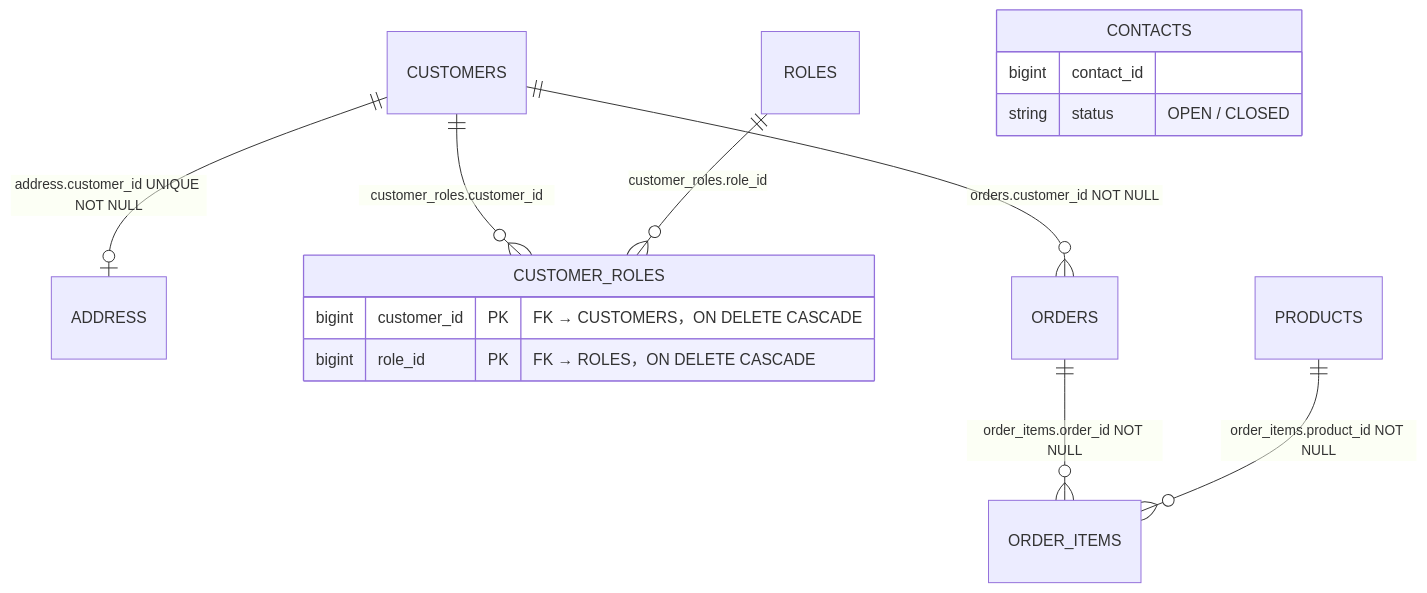
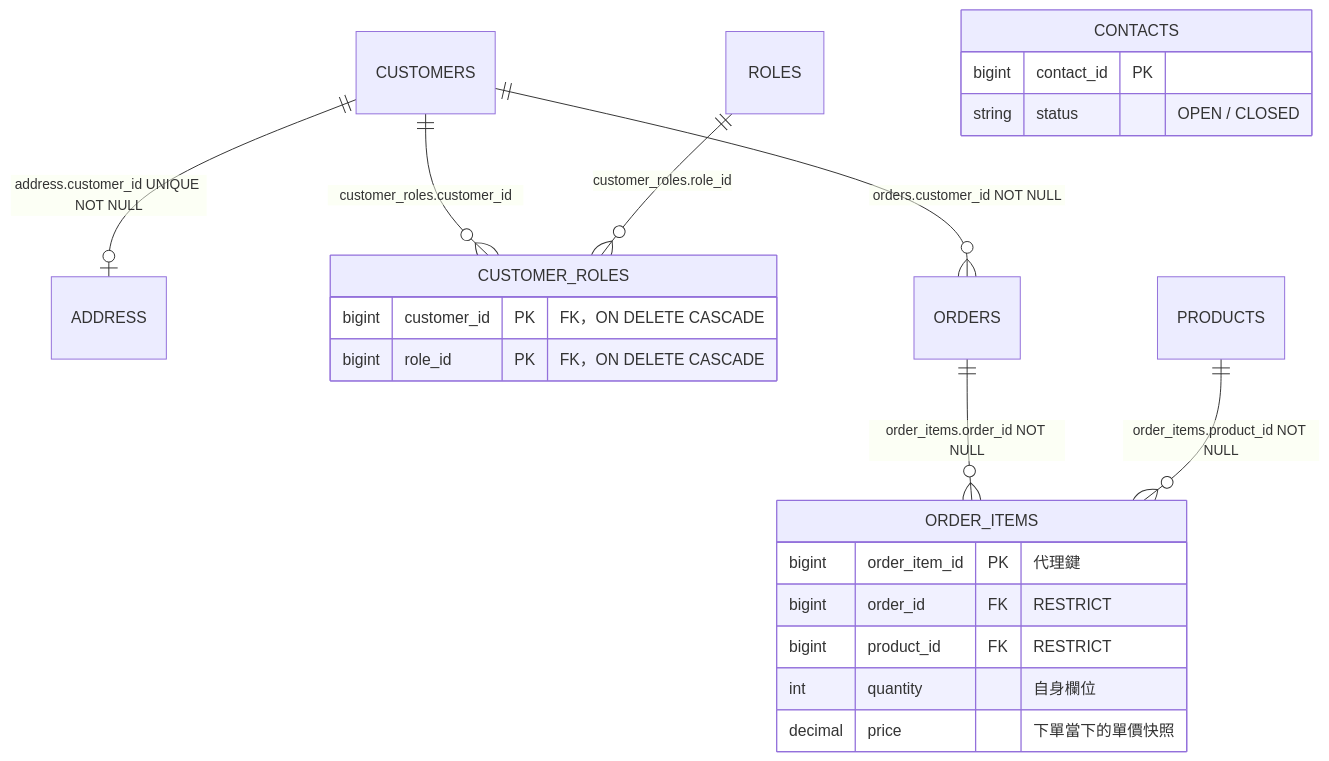
The fifth of 5 diagrams in README.md (tonysk0210/react-springboot-webapp), drawn with Mermaid before and after one commit. The commit also changed other lines of this file, not shown here.

````diff
--- a/README.md
+++ b/README.md
@@ -293,17 +293,24 @@
 ```mermaid
 erDiagram
     CUSTOMERS ||--o| ADDRESS        : "address.customer_id UNIQUE NOT NULL"
     CUSTOMERS ||--o{ CUSTOMER_ROLES : "customer_roles.customer_id"
     ROLES     ||--o{ CUSTOMER_ROLES : "customer_roles.role_id"
     CUSTOMERS ||--o{ ORDERS         : "orders.customer_id NOT NULL"
     ORDERS    ||--o{ ORDER_ITEMS    : "order_items.order_id NOT NULL"
     PRODUCTS  ||--o{ ORDER_ITEMS    : "order_items.product_id NOT NULL"
     CUSTOMER_ROLES {
-        bigint customer_id PK "FK → CUSTOMERS，ON DELETE CASCADE"
-        bigint role_id PK "FK → ROLES，ON DELETE CASCADE"
+        bigint customer_id PK "FK，ON DELETE CASCADE"
+        bigint role_id PK "FK，ON DELETE CASCADE"
+    }
+    ORDER_ITEMS {
+        bigint order_item_id PK "代理鍵"
+        bigint order_id FK "RESTRICT"
+        bigint product_id FK "RESTRICT"
+        int quantity "自身欄位"
+        decimal price "下單當下的單價快照"
     }
     CONTACTS {
-        bigint contact_id
+        bigint contact_id PK
         string status "OPEN / CLOSED"
     }
 ```
````
